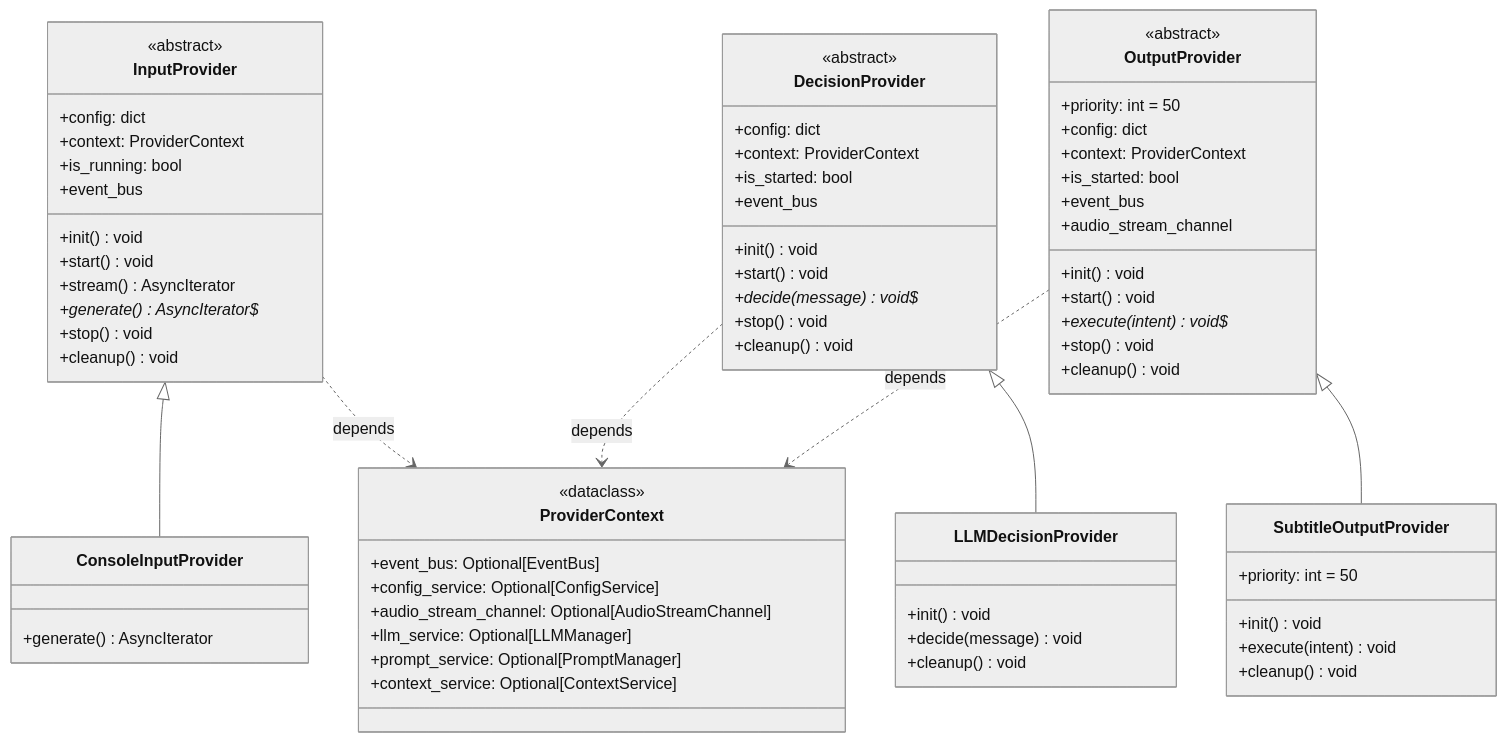
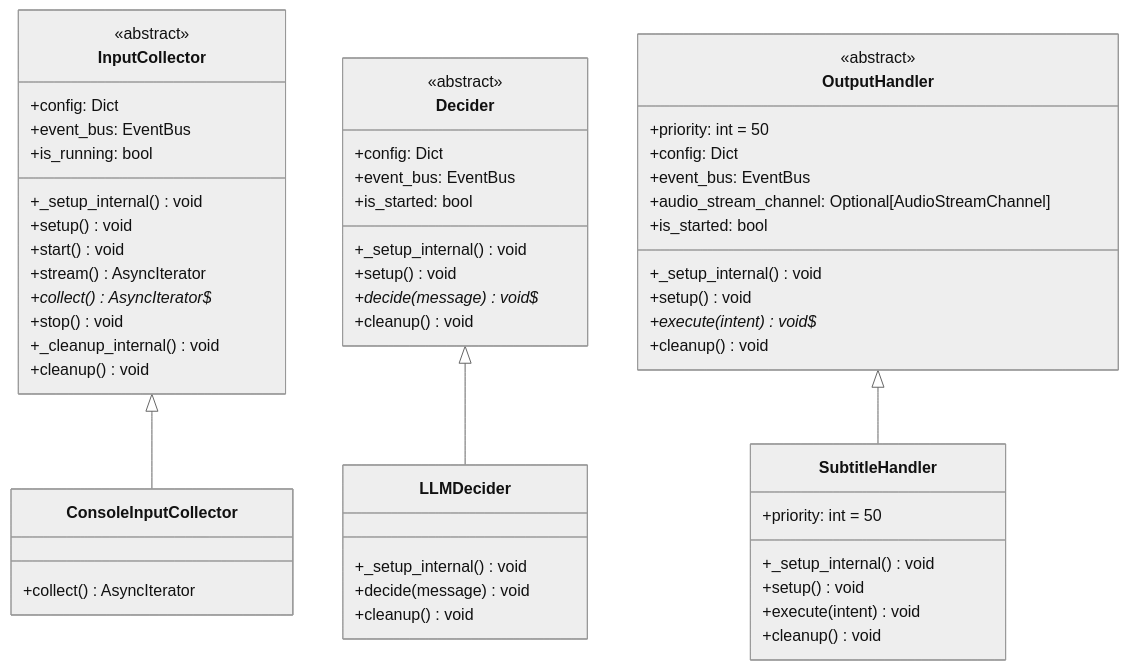
The first of 2 diagrams in docs/development/provider-guide.md (Mai-with-u/Amaidesu), drawn with Mermaid (neutral theme) before and after one commit. The commit also changed other lines of this file and 169 other files, not shown here.

First line of the commit message:
重构: 移除 Provider 抽象层，改名为 Collector/Decider/Handler

````diff
--- a/docs/development/provider-guide.md
+++ b/docs/development/provider-guide.md
@@ -529,83 +498,66 @@
 ```mermaid
 classDiagram
     %% 抽象基类
-    class InputProvider {
+    class InputCollector {
         <<abstract>>
-        +config: dict
-        +context: ProviderContext
+        +config: Dict
+        +event_bus: EventBus
         +is_running: bool
-        +event_bus
-        +init() void
+        +_setup_internal() void
+        +setup() void
         +start() void
         +stream() AsyncIterator
-        +generate() AsyncIterator$ *
+        +collect() AsyncIterator$ *
         +stop() void
+        +_cleanup_internal() void
         +cleanup() void
     }
 
-    class DecisionProvider {
+    class Decider {
         <<abstract>>
-        +config: dict
-        +context: ProviderContext
+        +config: Dict
+        +event_bus: EventBus
         +is_started: bool
-        +event_bus
-        +init() void
-        +start() void
+        +_setup_internal() void
+        +setup() void
         +decide(message) void$ *
-        +stop() void
         +cleanup() void
     }
 
-    class OutputProvider {
+    class OutputHandler {
         <<abstract>>
         +priority: int = 50
-        +config: dict
-        +context: ProviderContext
+        +config: Dict
+        +event_bus: EventBus
+        +audio_stream_channel: Optional[AudioStreamChannel]
         +is_started: bool
-        +event_bus
-        +audio_stream_channel
-        +init() void
-        +start() void
+        +_setup_internal() void
+        +setup() void
         +execute(intent) void$ *
-        +stop() void
         +cleanup() void
     }
 
-    %% 具体 Provider 示例
-    class ConsoleInputProvider {
-        +generate() AsyncIterator
+    %% 具体阶段参与者示例
+    class ConsoleInputCollector {
+        +collect() AsyncIterator
     }
 
-    class LLMDecisionProvider {
-        +init() void
+    class LLMDecider {
+        +_setup_internal() void
         +decide(message) void
         +cleanup() void
     }
 
-    class SubtitleOutputProvider {
+    class SubtitleHandler {
         +priority: int = 50
-        +init() void
+        +_setup_internal() void
+        +setup() void
         +execute(intent) void
         +cleanup() void
     }
 
     %% 继承关系
-    InputProvider <|-- ConsoleInputProvider
-    DecisionProvider <|-- LLMDecisionProvider
-    OutputProvider <|-- SubtitleOutputProvider
-
-    %% ProviderContext 依赖
-    InputProvider ..> ProviderContext : depends
-    DecisionProvider ..> ProviderContext : depends
-    OutputProvider ..> ProviderContext : depends
-
-    class ProviderContext {
-        <<dataclass>>
-        +event_bus: Optional[EventBus]
-        +config_service: Optional[ConfigService]
-        +audio_stream_channel: Optional[AudioStreamChannel]
-        +llm_service: Optional[LLMManager]
-        +prompt_service: Optional[PromptManager]
-        +context_service: Optional[ContextService]
-    }
+    InputCollector <|-- ConsoleInputCollector
+    Decider <|-- LLMDecider
+    OutputHandler <|-- SubtitleHandler
 ```
````
